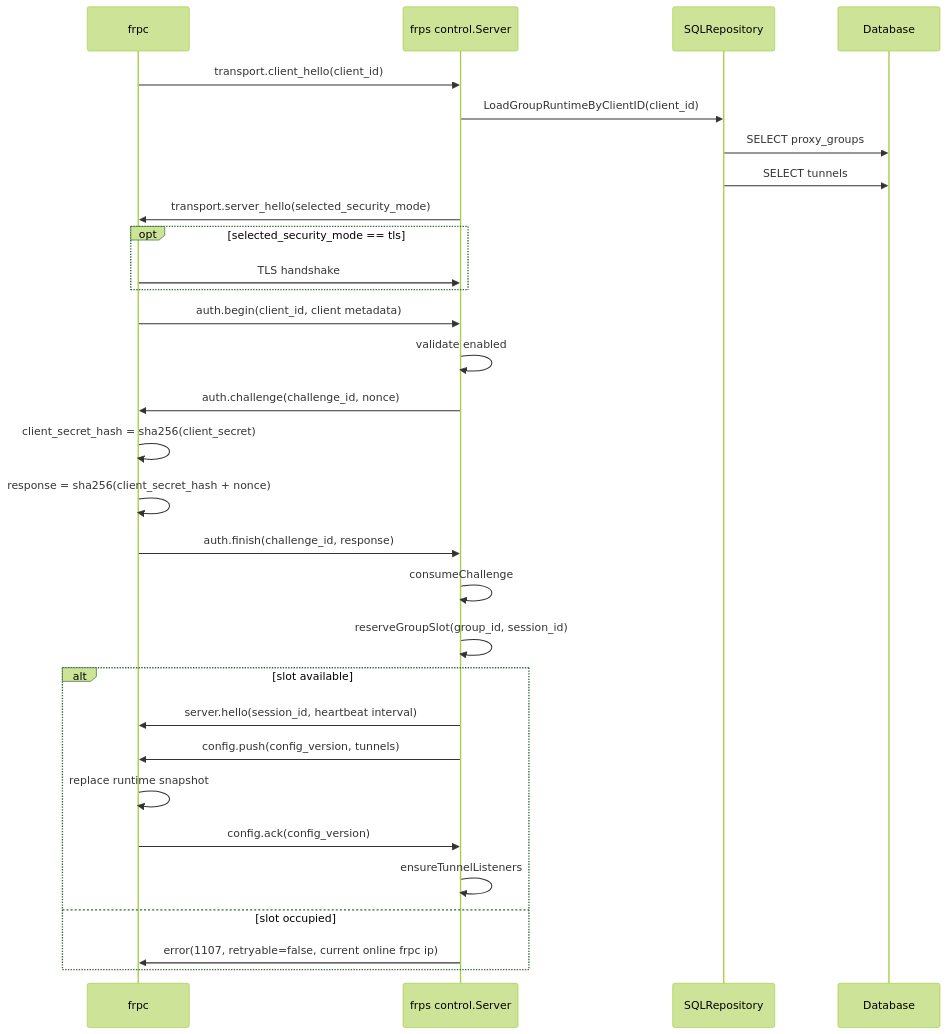
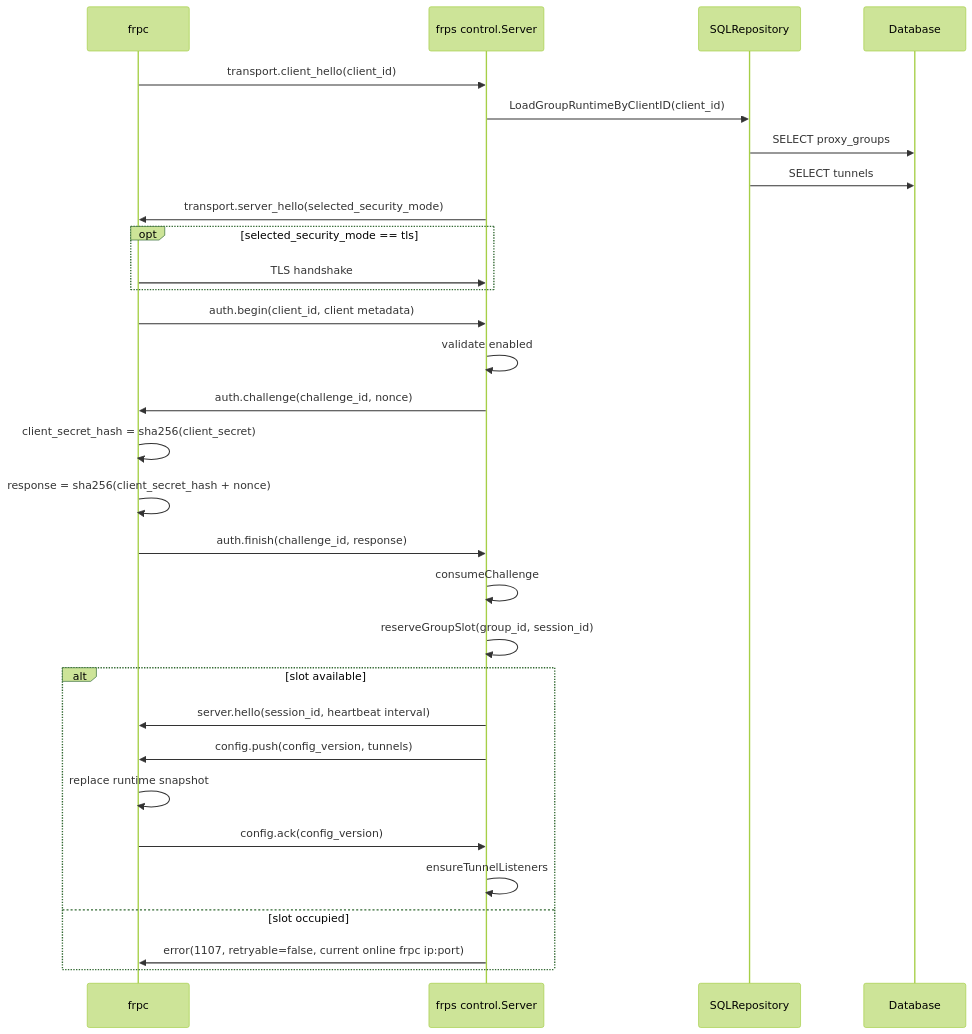
Before and after one commit to Zightch/frp: the fourth of 6 diagrams in docs/frps-frpc-current-architecture.md, drawn with Mermaid (forest theme). The commit also changed other lines of this file and 3 other files, not shown here.

````diff
--- a/docs/frps-frpc-current-architecture.md
+++ b/docs/frps-frpc-current-architecture.md
@@ -134,33 +134,33 @@
 ```mermaid
 sequenceDiagram
     participant C as frpc
     participant S as frps control.Server
     participant R as SQLRepository
     participant D as Database
 
     C->>S: transport.client_hello(client_id)
     S->>R: LoadGroupRuntimeByClientID(client_id)
     R->>D: SELECT proxy_groups
     R->>D: SELECT tunnels
     S->>C: transport.server_hello(selected_security_mode)
     opt selected_security_mode == tls
         C->>S: TLS handshake
     end
     C->>S: auth.begin(client_id, client metadata)
     S->>S: validate enabled
     S->>C: auth.challenge(challenge_id, nonce)
     C->>C: client_secret_hash = sha256(client_secret)
     C->>C: response = sha256(client_secret_hash + nonce)
     C->>S: auth.finish(challenge_id, response)
     S->>S: consumeChallenge
     S->>S: reserveGroupSlot(group_id, session_id)
     alt slot available
         S->>C: server.hello(session_id, heartbeat interval)
         S->>C: config.push(config_version, tunnels)
         C->>C: replace runtime snapshot
         C->>S: config.ack(config_version)
         S->>S: ensureTunnelListeners
     else slot occupied
-        S->>C: error(1107, retryable=false, current online frpc ip)
+        S->>C: error(1107, retryable=false, current online frpc ip:port)
     end
 ```
````
